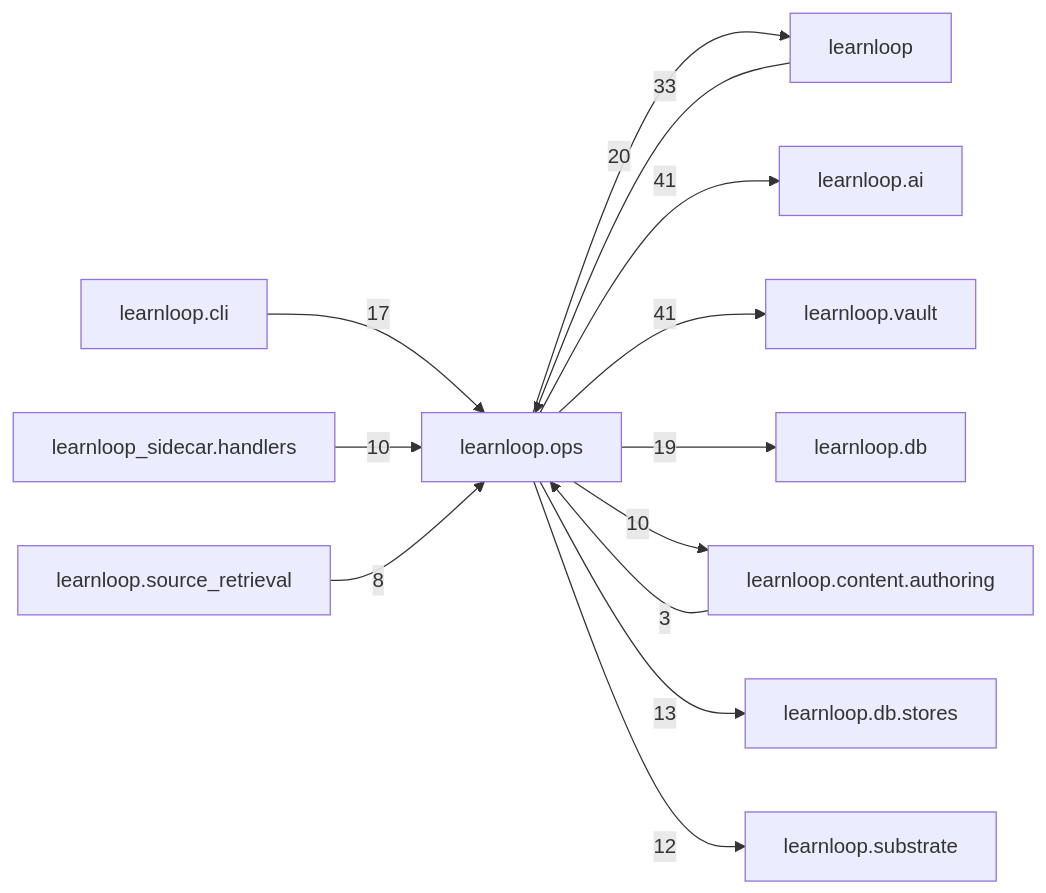
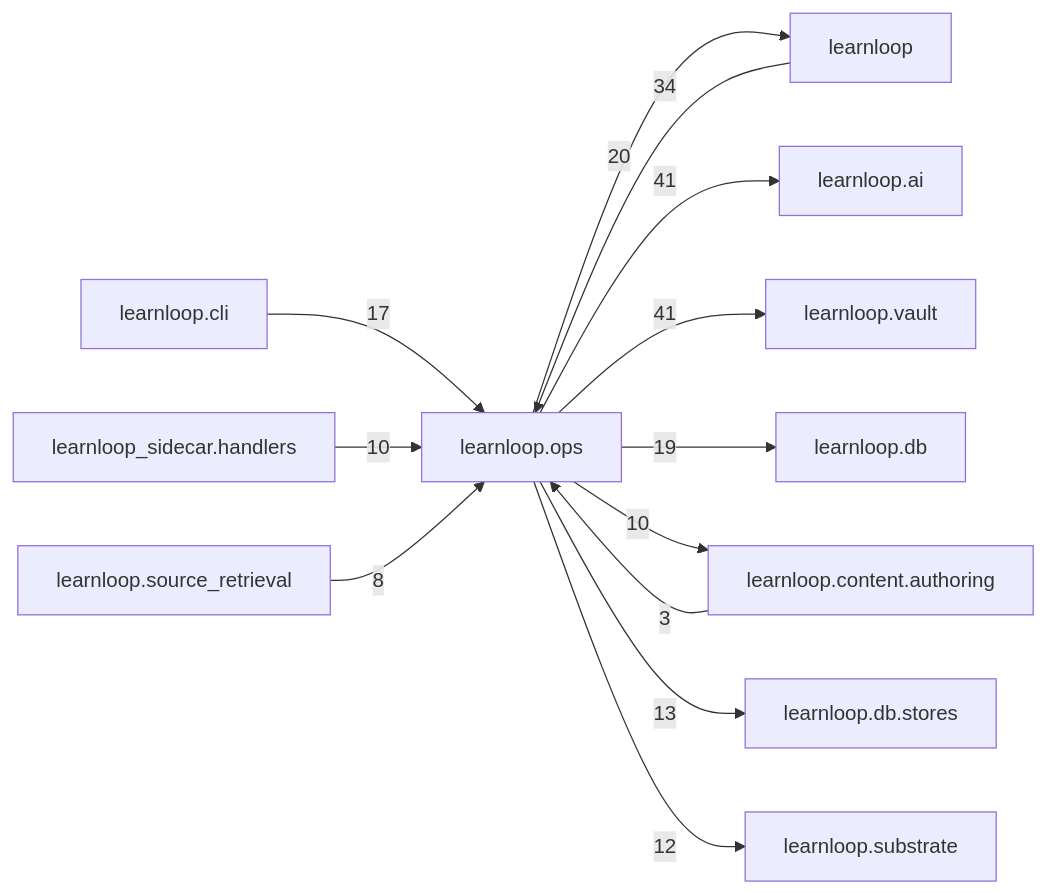
One commit to 6up-b/learnanything changed the diagram in docs/learnloop-architecture-vault/Reference/Modules/learnloop/ops/_package.md. Above: the diagram before and after it, drawn with Mermaid. The commit also changed other lines of this file and 585 other files, not shown here.

````diff
--- a/docs/learnloop-architecture-vault/Reference/Modules/learnloop/ops/_package.md
+++ b/docs/learnloop-architecture-vault/Reference/Modules/learnloop/ops/_package.md
@@ -149,26 +149,26 @@
 ```mermaid
 flowchart LR
     center["learnloop.ops"]
     n_learnloop["learnloop"]
     n_learnloop_ai["learnloop.ai"]
     n_learnloop_vault["learnloop.vault"]
     n_learnloop_db["learnloop.db"]
     n_learnloop_cli["learnloop.cli"]
     n_learnloop_content_authoring["learnloop.content.authoring"]
     n_learnloop_db_stores["learnloop.db.stores"]
     n_learnloop_substrate["learnloop.substrate"]
     n_learnloop_sidecar_handlers["learnloop_sidecar.handlers"]
     n_learnloop_source_retrieval["learnloop.source_retrieval"]
-    n_learnloop -->|33| center
+    n_learnloop -->|34| center
     center -->|20| n_learnloop
     center -->|41| n_learnloop_ai
     center -->|41| n_learnloop_vault
     center -->|19| n_learnloop_db
     n_learnloop_cli -->|17| center
     n_learnloop_content_authoring -->|3| center
     center -->|10| n_learnloop_content_authoring
     center -->|13| n_learnloop_db_stores
     center -->|12| n_learnloop_substrate
     n_learnloop_sidecar_handlers -->|10| center
     n_learnloop_source_retrieval -->|8| center
 ```
````
